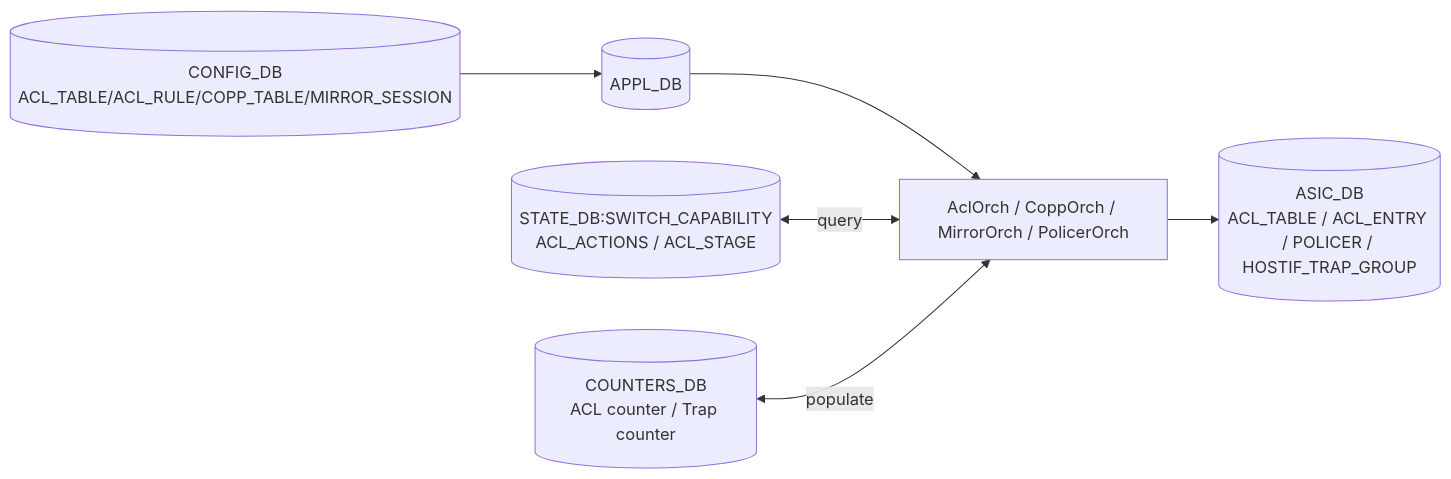
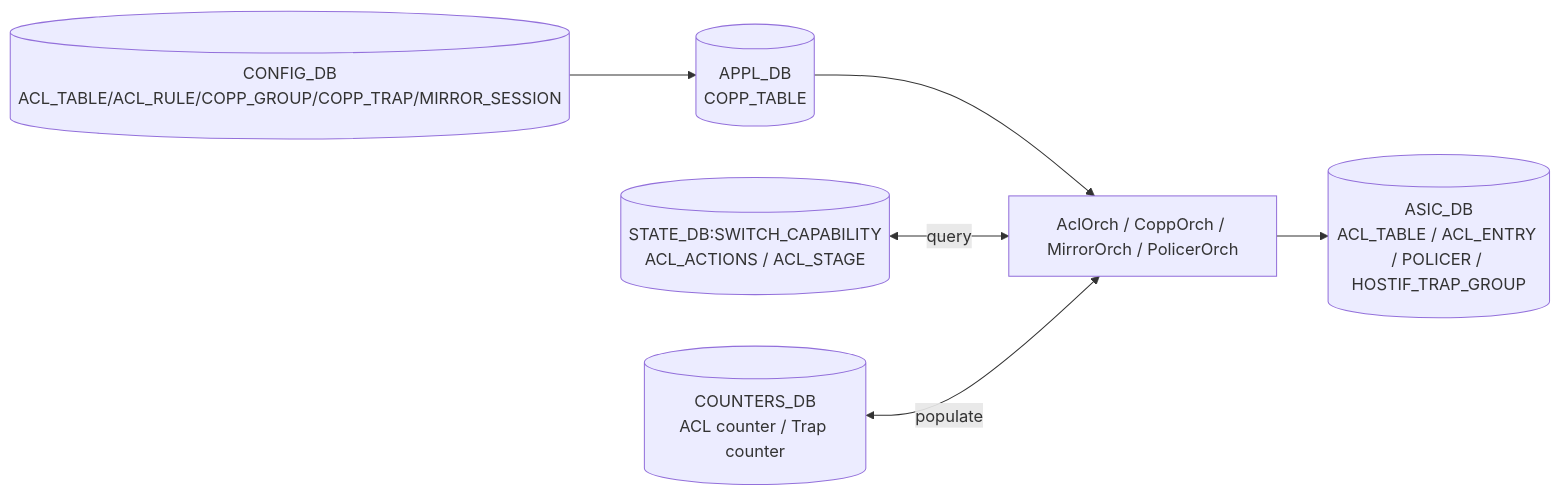
Before and after one commit to aoki-taquan/sonic-unofficial-docs: the second of 2 diagrams in docs/topics/07-acl-copp-mirror/internals.md, drawn with Mermaid. The commit also changed other lines of this file and 21 other files, not shown here.

````diff
--- a/docs/topics/07-acl-copp-mirror/internals.md
+++ b/docs/topics/07-acl-copp-mirror/internals.md
@@ -72,8 +72,8 @@
 ```mermaid
 flowchart LR
-  CFG[(CONFIG_DB<br/>ACL_TABLE/ACL_RULE/COPP_TABLE/MIRROR_SESSION)] --> APPL[(APPL_DB)]
+  CFG[(CONFIG_DB<br/>ACL_TABLE/ACL_RULE/COPP_GROUP/COPP_TRAP/MIRROR_SESSION)] --> APPL[(APPL_DB<br/>COPP_TABLE)]
   APPL --> ACLORCH[AclOrch / CoppOrch / MirrorOrch / PolicerOrch]
   ACLORCH --> ASIC[(ASIC_DB<br/>ACL_TABLE / ACL_ENTRY / POLICER / HOSTIF_TRAP_GROUP)]
   CAP[(STATE_DB:SWITCH_CAPABILITY<br/>ACL_ACTIONS / ACL_STAGE)] <-- query --> ACLORCH
   COUNT[(COUNTERS_DB<br/>ACL counter / Trap counter)] <-- populate --> ACLORCH
 ```
````
